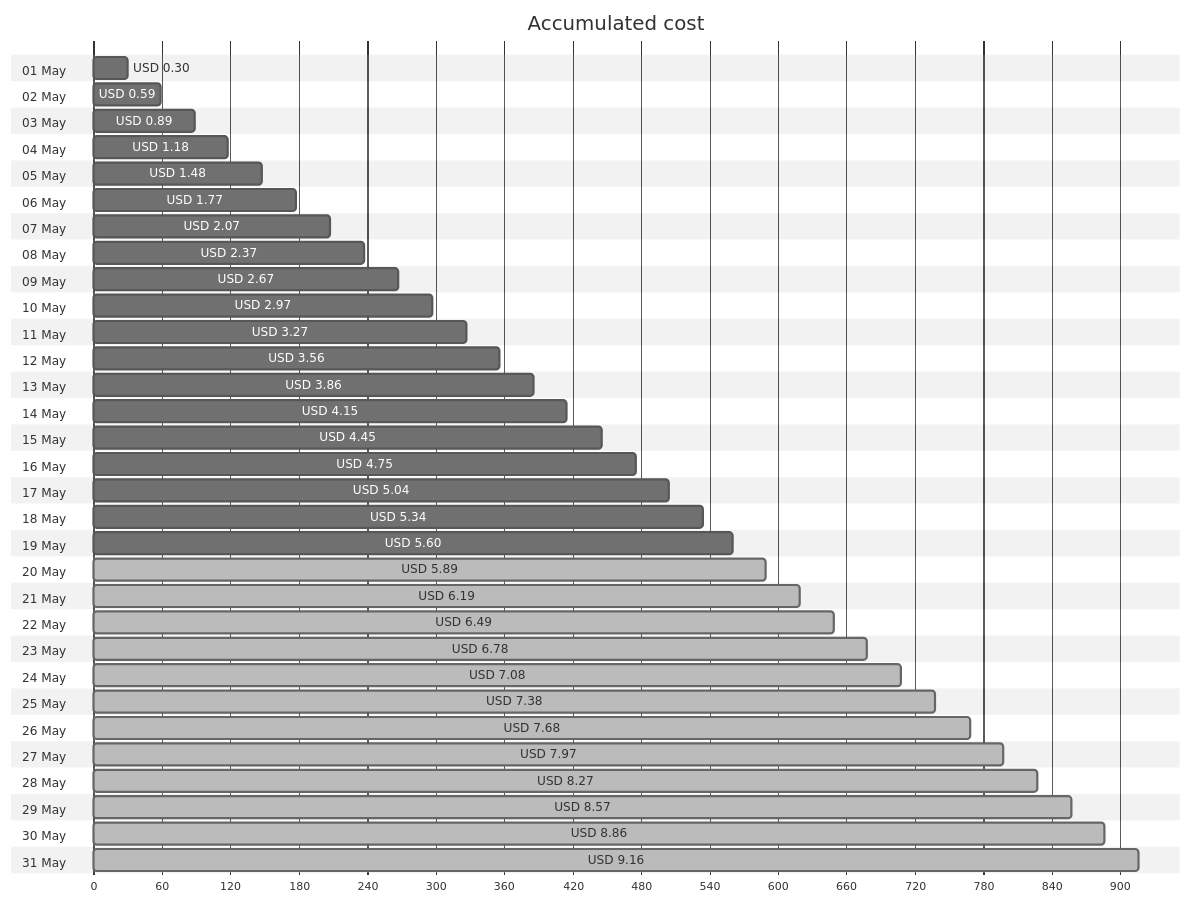
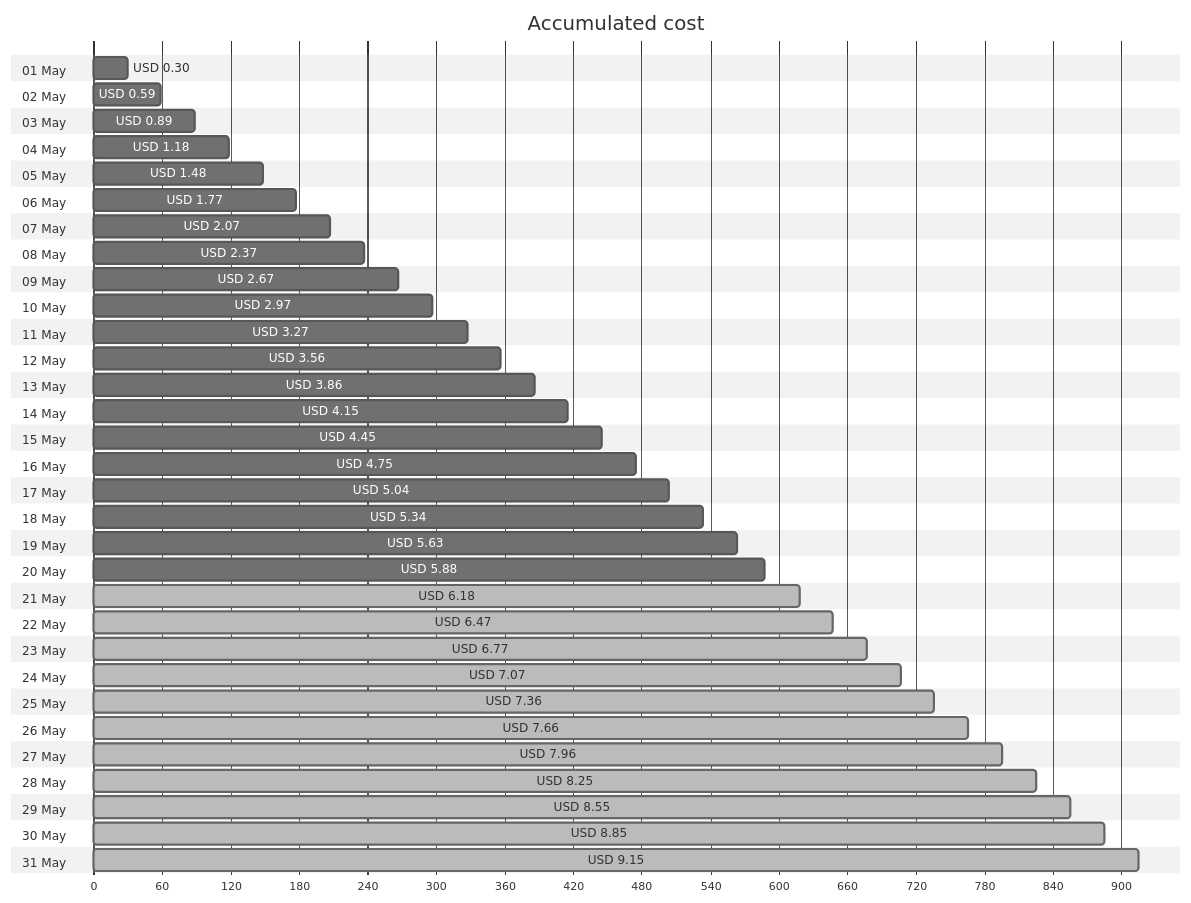
Before and after one commit to jpfulton/azure-personal-reports: the first of 4 diagrams in cost-reports/personal-site/personal-site-preview.md, drawn with Mermaid (neutral theme). The commit also changed other lines of this file and 6 other files, not shown here.

````diff
--- a/cost-reports/personal-site/personal-site-preview.md
+++ b/cost-reports/personal-site/personal-site-preview.md
@@ -20,68 +20,68 @@
 ```mermaid
 gantt
    title Accumulated cost
    dateFormat  X
    axisFormat %s
    section 01 May
    USD 0.30 :0, 30
    section 02 May
    USD 0.59 :0, 59
    section 03 May
    USD 0.89 :0, 89
    section 04 May
    USD 1.18 :0, 118
    section 05 May
    USD 1.48 :0, 148
    section 06 May
    USD 1.77 :0, 177
    section 07 May
    USD 2.07 :0, 207
    section 08 May
    USD 2.37 :0, 237
    section 09 May
    USD 2.67 :0, 267
    section 10 May
    USD 2.97 :0, 297
    section 11 May
    USD 3.27 :0, 327
    section 12 May
    USD 3.56 :0, 356
    section 13 May
    USD 3.86 :0, 386
    section 14 May
    USD 4.15 :0, 415
    section 15 May
    USD 4.45 :0, 445
    section 16 May
    USD 4.75 :0, 475
    section 17 May
    USD 5.04 :0, 504
    section 18 May
    USD 5.34 :0, 534
    section 19 May
-   USD 5.60 :0, 560
+   USD 5.63 :0, 563
    section 20 May
-   USD 5.89 : done, 0, 589
+   USD 5.88 :0, 588
    section 21 May
-   USD 6.19 : done, 0, 619
+   USD 6.18 : done, 0, 618
    section 22 May
-   USD 6.49 : done, 0, 649
+   USD 6.47 : done, 0, 647
    section 23 May
-   USD 6.78 : done, 0, 678
+   USD 6.77 : done, 0, 677
    section 24 May
-   USD 7.08 : done, 0, 708
+   USD 7.07 : done, 0, 707
    section 25 May
-   USD 7.38 : done, 0, 738
+   USD 7.36 : done, 0, 736
    section 26 May
-   USD 7.68 : done, 0, 768
+   USD 7.66 : done, 0, 766
    section 27 May
-   USD 7.97 : done, 0, 797
+   USD 7.96 : done, 0, 796
    section 28 May
-   USD 8.27 : done, 0, 827
+   USD 8.25 : done, 0, 825
    section 29 May
-   USD 8.57 : done, 0, 857
+   USD 8.55 : done, 0, 855
    section 30 May
-   USD 8.86 : done, 0, 886
+   USD 8.85 : done, 0, 885
    section 31 May
-   USD 9.16 : done, 0, 916
+   USD 9.15 : done, 0, 915
 ```
````
